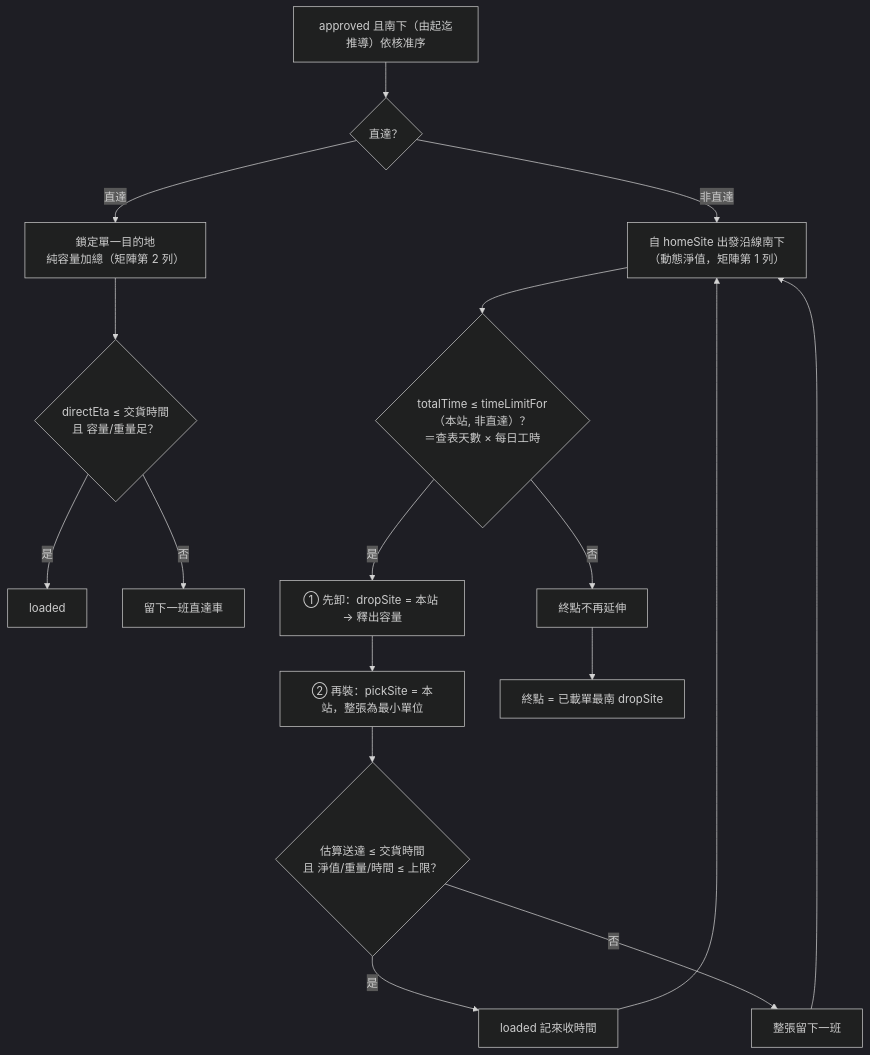
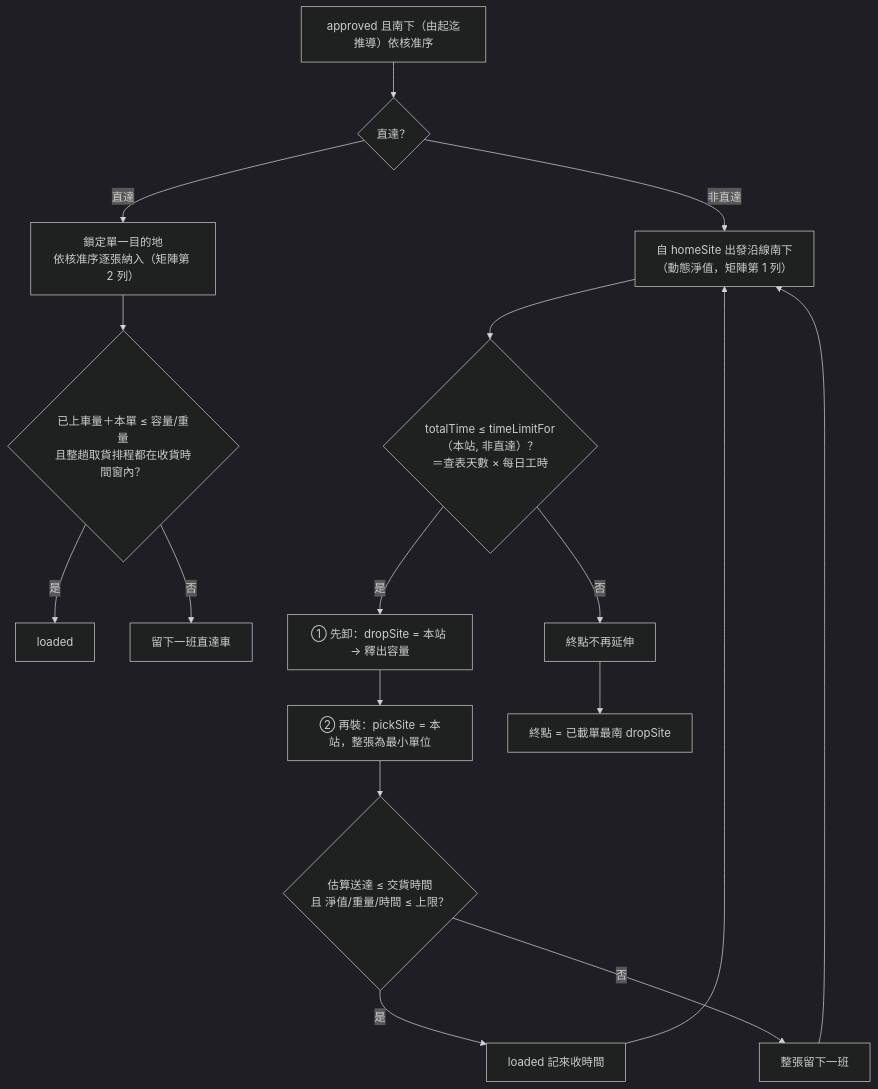
One commit to khcheng77/car-transport changed the third of 6 diagrams in docs/LOGIC.md. Above: the diagram before and after it, drawn with Mermaid (dark theme). The commit also changed other lines of this file and 9 other files, not shown here.

````diff
--- a/docs/LOGIC.md
+++ b/docs/LOGIC.md
@@ -340,19 +343,19 @@
 ```mermaid
 flowchart TD
   P["approved 且南下（由起迄推導）依核准序"] --> M{"直達？"}
-  M -- 直達 --> D1["鎖定單一目的地<br/>純容量加總（矩陣第 2 列）"]
-  D1 --> DC{"directEta ≤ 交貨時間<br/>且 容量/重量足？"}
+  M -- 直達 --> D1["鎖定單一目的地<br/>依核准序逐張納入（矩陣第 2 列）"]
+  D1 --> DC{"已上車量＋本單 ≤ 容量/重量<br/>且整趟取貨排程都在收貨時間窗內？"}
   DC -- 是 --> DL["loaded"]
   DC -- 否 --> DP["留下一班直達車"]
   M -- 非直達 --> G["自 homeSite 出發沿線南下<br/>（動態淨值，矩陣第 1 列）"]
   G --> TL{"totalTime ≤ timeLimitFor（本站, 非直達）？<br/>＝查表天數 × 每日工時"}
   TL -- 否 --> E["終點不再延伸"]
   TL -- 是 --> U["① 先卸：dropSite = 本站 → 釋出容量"]
   U --> L["② 再裝：pickSite = 本站，整張為最小單位"]
   L --> LC{"估算送達 ≤ 交貨時間<br/>且 淨值/重量/時間 ≤ 上限？"}
   LC -- 是 --> LL["loaded 記來收時間"]
   LC -- 否 --> LP["整張留下一班"]
   LL --> G
   LP --> G
   E --> EP["終點 = 已載單最南 dropSite"]
 ```
````
